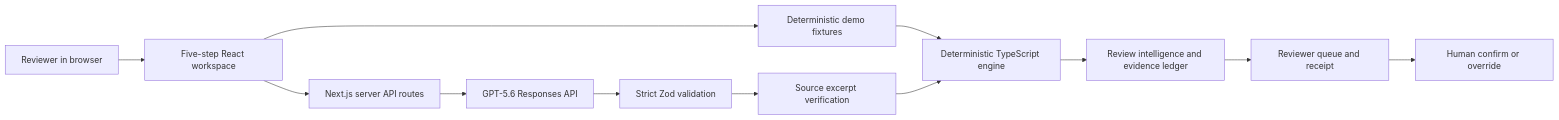
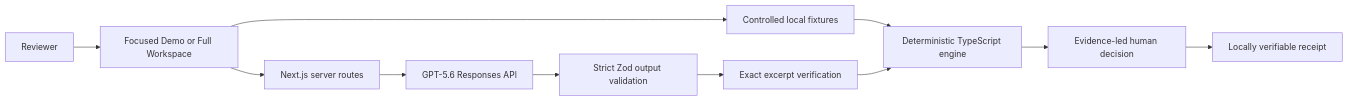
Before and after one commit to selisensei/policyproof: the diagram in README.md, drawn with Mermaid. The commit also changed other lines of this file and 22 other files, not shown here.

````diff
--- a/README.md
+++ b/README.md
@@ -168,14 +50,13 @@
 ```mermaid
 flowchart LR
-    U["Reviewer in browser"] --> W["Five-step React workspace"]
-    W --> D["Deterministic demo fixtures"]
-    W --> A["Next.js server API routes"]
-    A --> G["GPT-5.6 Responses API"]
-    G --> Z["Strict Zod validation"]
-    D --> E["Deterministic TypeScript engine"]
-    Z --> X["Source excerpt verification"]
-    X --> E
-    E --> I["Review intelligence and evidence ledger"]
-    I --> R["Reviewer queue and receipt"]
-    R --> H["Human confirm or override"]
+    R["Reviewer"] --> UI["Focused Demo or Full Workspace"]
+    UI --> D["Controlled local fixtures"]
+    UI --> API["Next.js server routes"]
+    API --> G["GPT-5.6 Responses API"]
+    G --> Z["Strict Zod output validation"]
+    Z --> E["Exact excerpt verification"]
+    D --> T["Deterministic TypeScript engine"]
+    E --> T
+    T --> H["Evidence-led human decision"]
+    H --> P["Locally verifiable receipt"]
 ```
````
